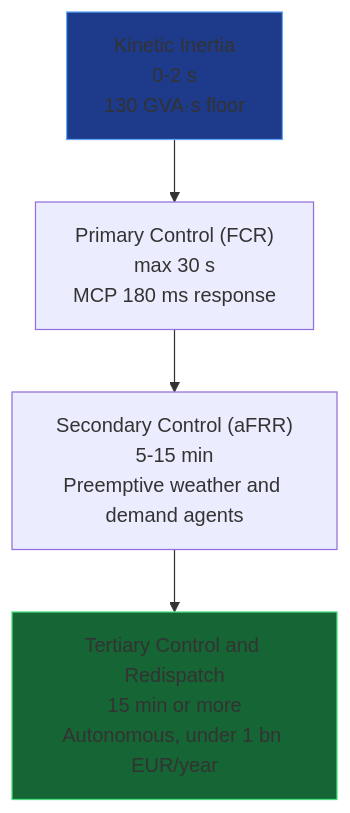
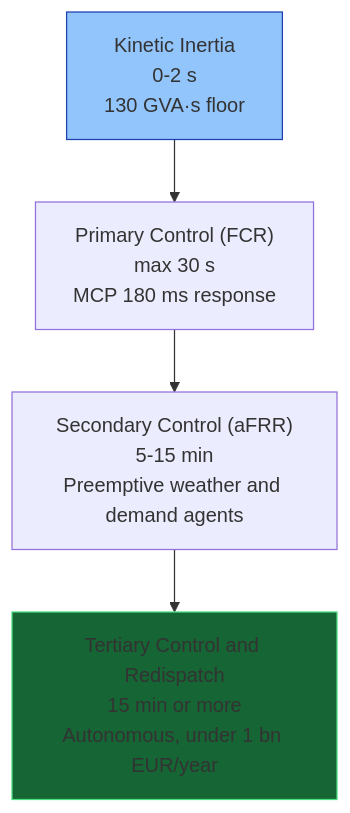
Before and after one commit to iceccarelli/Renewables_Migration_Chapter1_Proof_Engine: the second of 3 diagrams in README.md, drawn with Mermaid. The commit also changed other lines of this file, not shown here.

````diff
--- a/README.md
+++ b/README.md
@@ -50,8 +66,8 @@
 ```mermaid
 flowchart TD
     A[Kinetic Inertia\n0-2 s\n130 GVA·s floor] --> B["Primary Control (FCR)\nmax 30 s\nMCP 180 ms response"]
     B --> C["Secondary Control (aFRR)\n5-15 min\nPreemptive weather and demand agents"]
     C --> D["Tertiary Control and Redispatch\n15 min or more\nAutonomous, under 1 bn EUR/year"]
-    style A fill:#1e3a8a,stroke:#60a5fa
+    style A fill:#93c5fd,stroke:#1e40af
     style D fill:#166534,stroke:#4ade80
 ```
````
